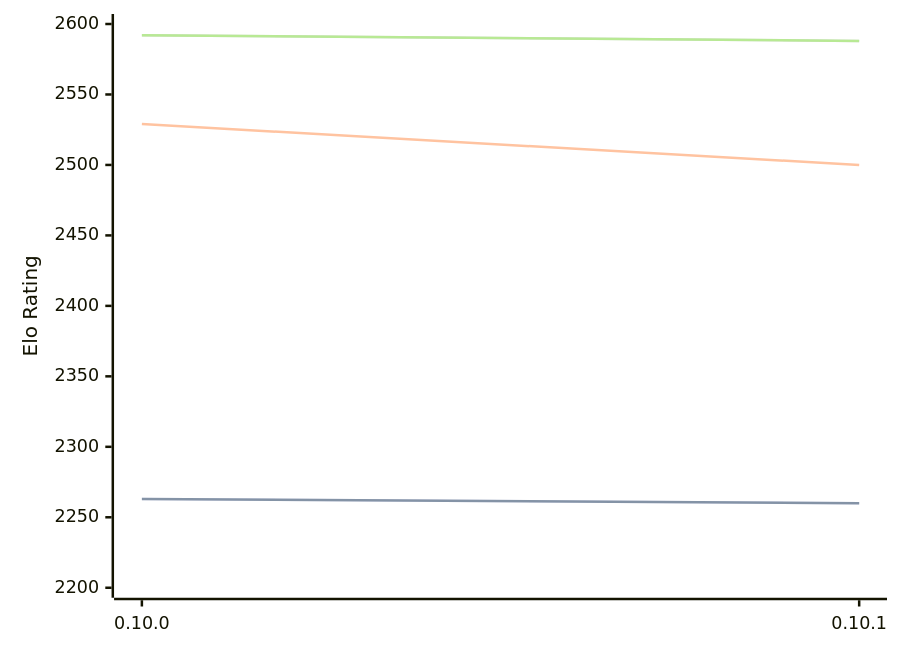
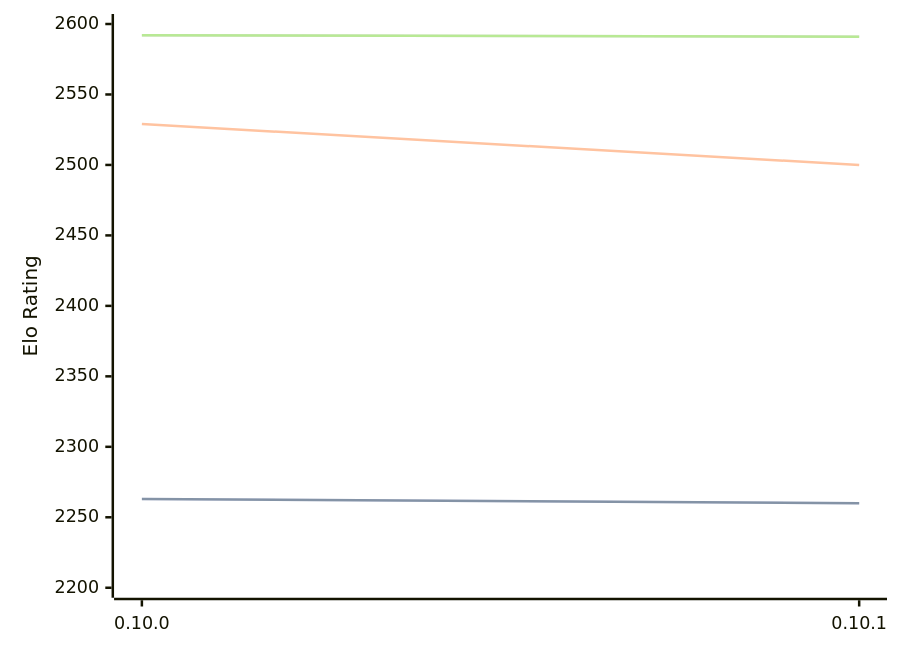
The third of 3 diagrams in engines/Fatalii.md (computer-chess-index/cci), drawn with Mermaid before and after one commit. The commit also changed other lines of this file, not shown here.

Commit message:
Update CCI Ratings (ELO VLTC) - 2026-07-18

````diff
--- a/engines/Fatalii.md
+++ b/engines/Fatalii.md
@@ -79,11 +79,11 @@
 ```mermaid
 %%{init: {"theme":"base","themeVariables":{"seriesColors:['#a3a3a3','#222221','#faa371']}}}%%
 xychart-beta
   x-axis ["0.10.0", "0.10.1"]
   y-axis "Elo Rating" 2200 --> 2600
   line "STC (8.0+0.08s)" [2263, 2260]
   line "STC (8.0+0.08s)" [2263, 2260]
   line "LTC (60.0+0.60s)" [2529, 2500]
-  line "VLTC (2m24s+1.12s)" [2592, 2588]
-  line "VLTC (2m24s+1.12s)" [2592, 2588]
+  line "VLTC (2m24s+1.12s)" [2592, 2591]
+  line "VLTC (2m24s+1.12s)" [2592, 2591]
 ```
````
